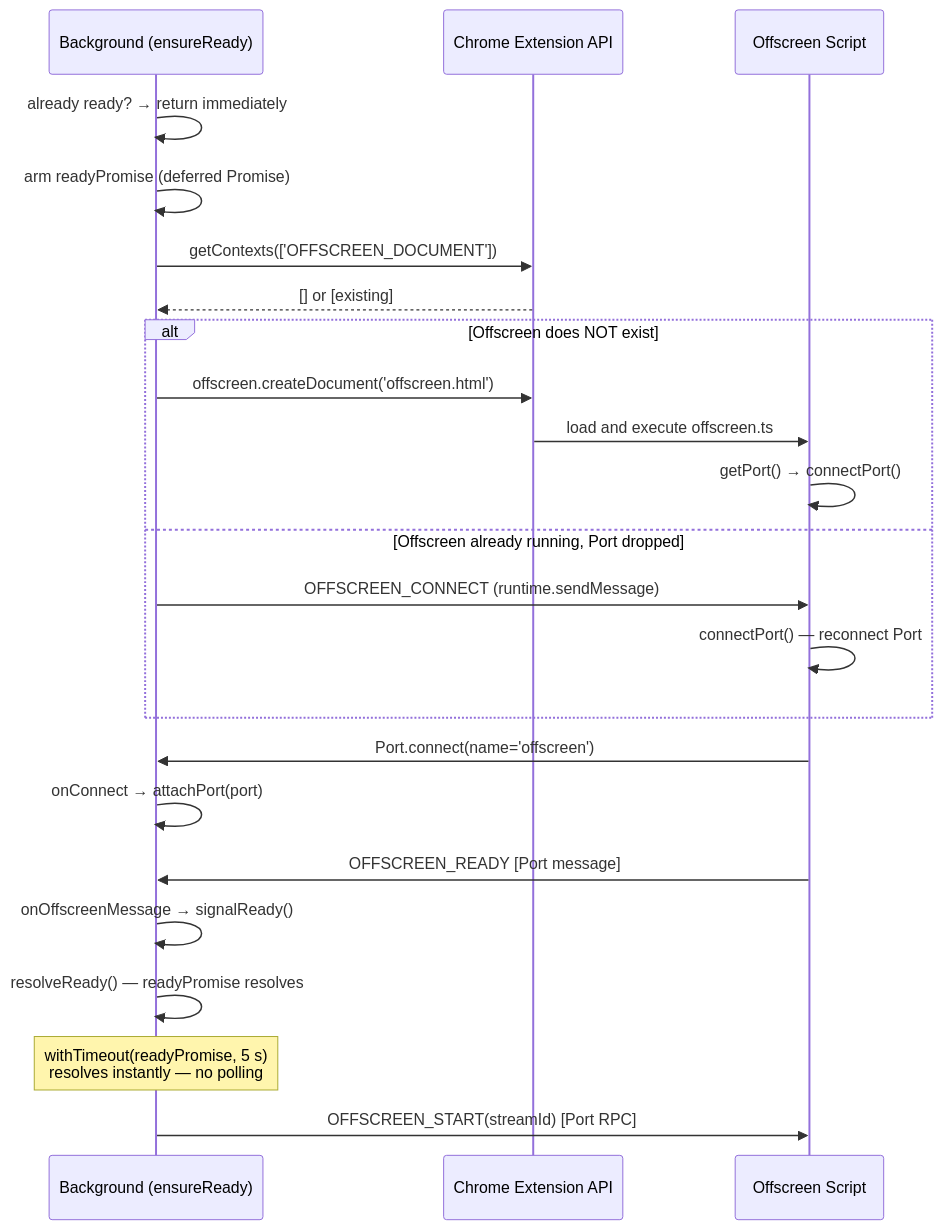
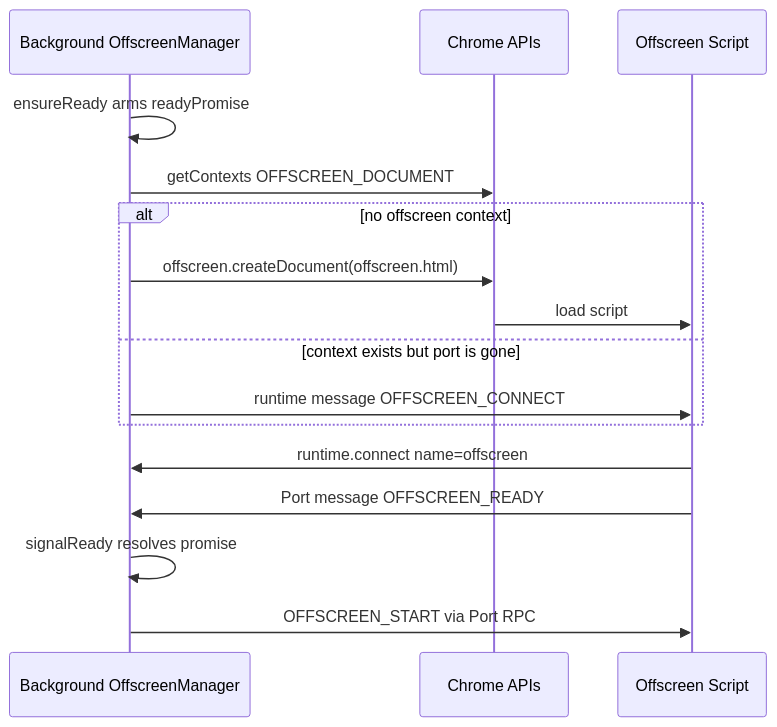
The fourth of 8 diagrams in Documentation.md (kstroevsky/chrome-meeting-recording-extension), drawn with Mermaid before and after one commit. The commit also changed other lines of this file, not shown here.

Commit message:
Docs: Documentation and diagrams update

````diff
--- a/Documentation.md
+++ b/Documentation.md
@@ -146,31 +192,21 @@
 ```mermaid
 sequenceDiagram
-    participant B as Background (ensureReady)
-    participant Ext as Chrome Extension API
+    participant B as Background OffscreenManager
+    participant API as Chrome APIs
     participant O as Offscreen Script
 
-    B->>B: already ready? → return immediately
-    B->>B: arm readyPromise (deferred Promise)
+    B->>B: ensureReady arms readyPromise
+    B->>API: getContexts OFFSCREEN_DOCUMENT
 
-    B->>Ext: getContexts(['OFFSCREEN_DOCUMENT'])
-    Ext-->>B: [] or [existing]
-
-    alt Offscreen does NOT exist
-        B->>Ext: offscreen.createDocument('offscreen.html')
-        Ext->>O: load and execute offscreen.ts
-        O->>O: getPort() → connectPort()
-    else Offscreen already running, Port dropped
-        B->>O: OFFSCREEN_CONNECT (runtime.sendMessage)
-        O->>O: connectPort() — reconnect Port
+    alt no offscreen context
+        B->>API: offscreen.createDocument(offscreen.html)
+        API->>O: load script
+    else context exists but port is gone
+        B->>O: runtime message OFFSCREEN_CONNECT
     end
 
-    O->>B: Port.connect(name='offscreen')
-    B->>B: onConnect → attachPort(port)
-    O->>B: OFFSCREEN_READY [Port message]
-    B->>B: onOffscreenMessage → signalReady()
-    B->>B: resolveReady() — readyPromise resolves
-
-    Note over B: withTimeout(readyPromise, 5 s)<br/>resolves instantly — no polling
-
-    B->>O: OFFSCREEN_START(streamId) [Port RPC]
+    O->>B: runtime.connect name=offscreen
+    O->>B: Port message OFFSCREEN_READY
+    B->>B: signalReady resolves promise
+    B->>O: OFFSCREEN_START via Port RPC
 ```
````
